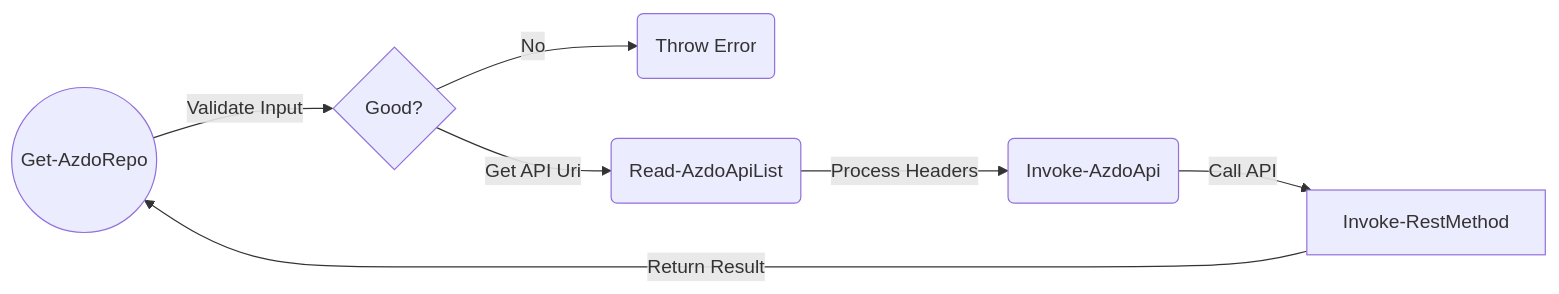
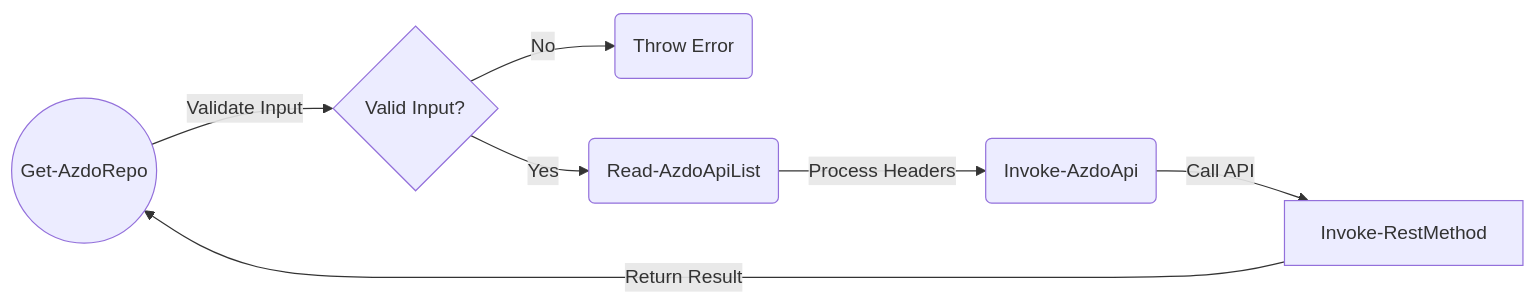
The diagram in docs/moduledesign.md (PrimateOps/azuredevops-pwsh-api), drawn with Mermaid before and after one commit.

````diff
--- a/docs/moduledesign.md
+++ b/docs/moduledesign.md
@@ -37,9 +37,9 @@
 ```mermaid
 graph LR;
-    A((Get-AzdoRepo)) -->|Validate Input| B{Good?}
+    A((Get-AzdoRepo)) -->|Validate Input| B{Valid Input?}
     B --> |No| G(Throw Error)
-    B --> |Get API Uri |C(Read-AzdoApiList)
+    B --> |Yes |C(Read-AzdoApiList)
     C --> |Process Headers | D(Invoke-AzdoApi)
     D --> |Call API|E[Invoke-RestMethod]
     E --> |Return Result|A
 ```
````
